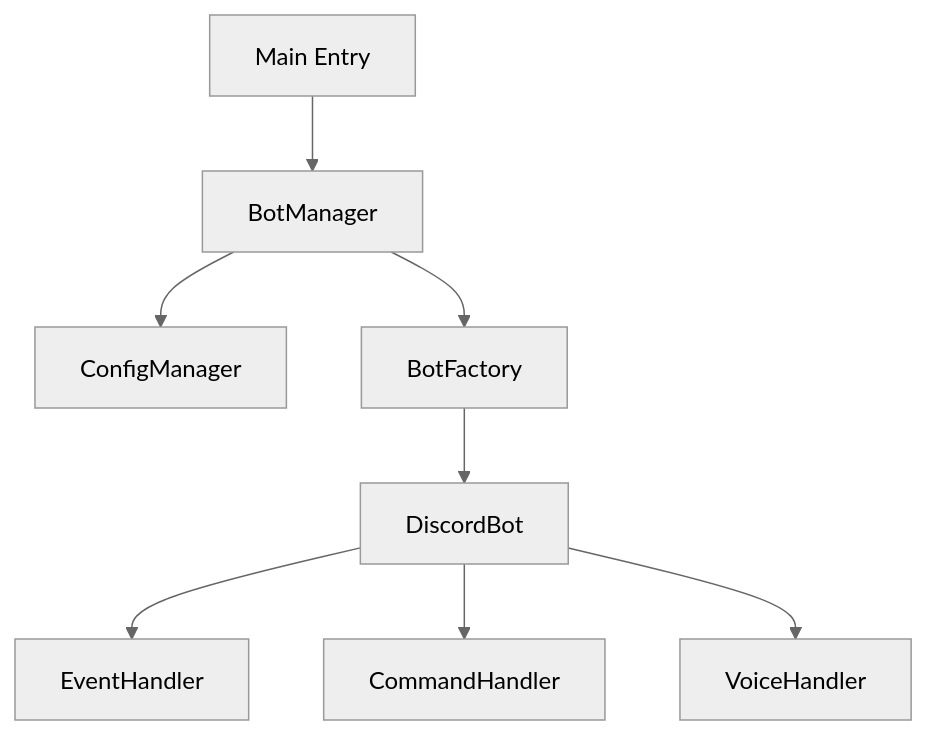
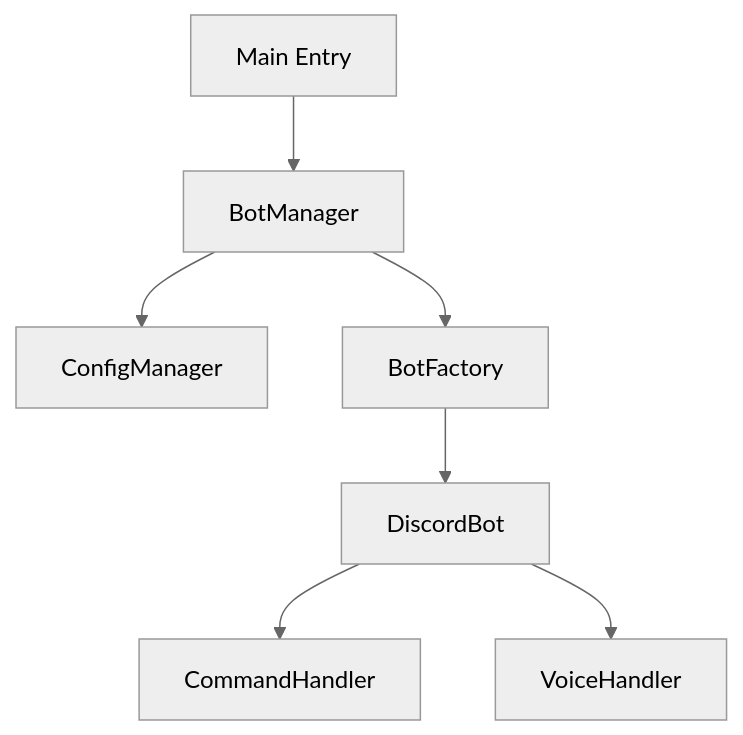
Before and after one commit to Rokurolize/discord-voice-bot: the first of 3 diagrams in architecture_analysis.md, drawn with Mermaid (neutral theme). The commit also changed 5 other files, not shown here.

First line of the commit message:
docs: remove outdated EventHandler mentions and legacy wording

````diff
--- a/architecture_analysis.md
+++ b/architecture_analysis.md
@@ -29,10 +29,10 @@
 ```mermaid
 graph TD
     A[Main Entry] --> B[BotManager]
     B --> C[ConfigManager]
     B --> D[BotFactory]
     D --> E[DiscordBot]
-    E --> F[EventHandler]
+    
     E --> G[CommandHandler]
     E --> H[VoiceHandler]
 ```
````
